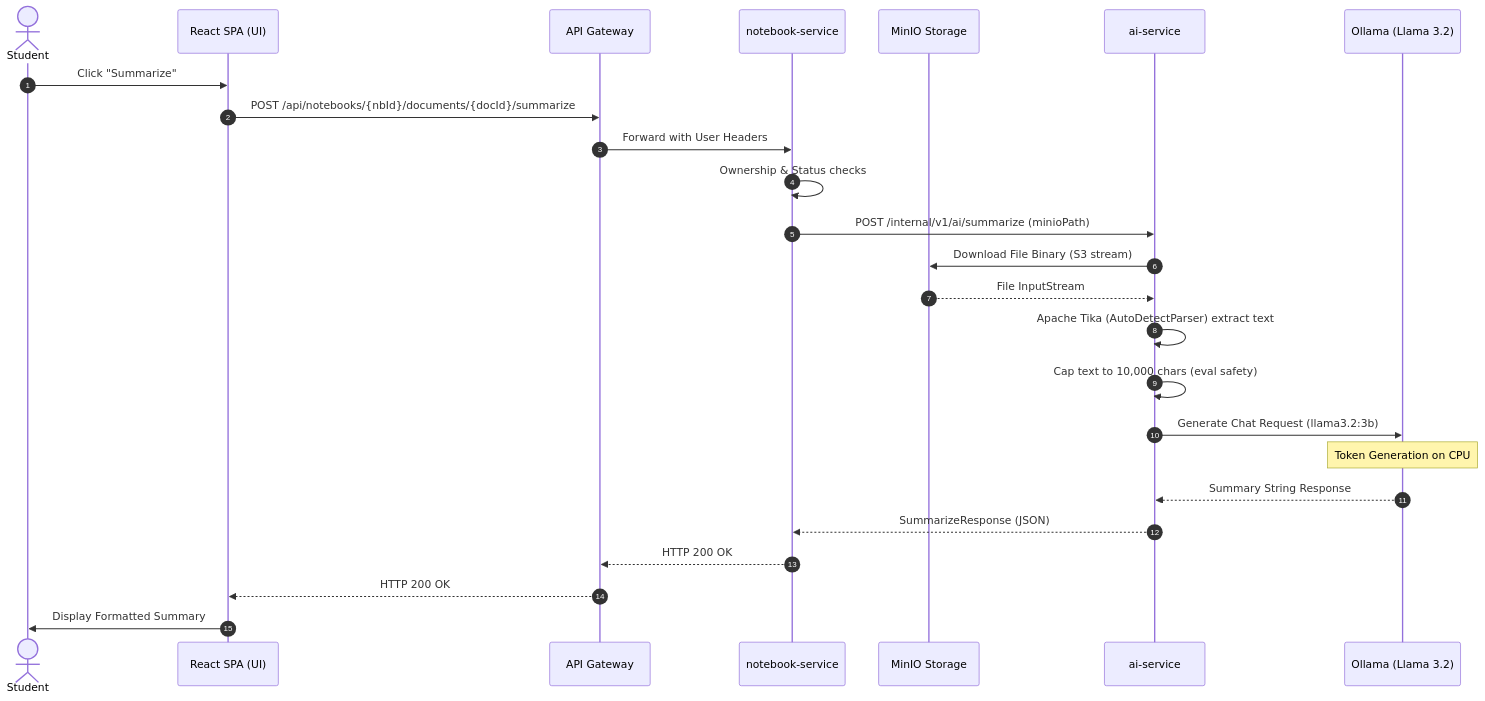
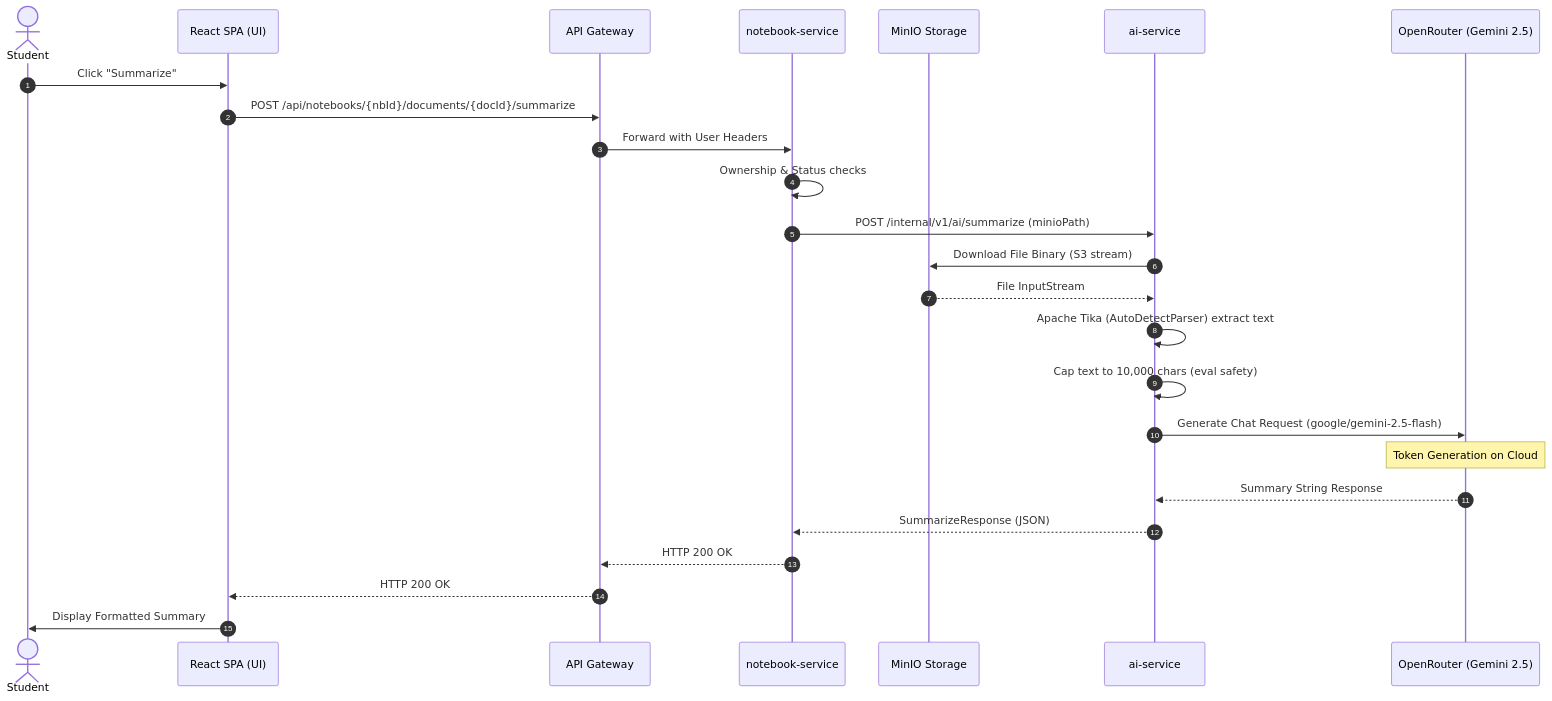
The diagram in DOC/ai_architecture_explanation.md (ulthimanju/capstone), drawn with Mermaid before and after one commit. The commit also changed other lines of this file and 12 other files, not shown here.

First line of the commit message:
Switch AI integration to OpenRouter & HF

````diff
--- a/DOC/ai_architecture_explanation.md
+++ b/DOC/ai_architecture_explanation.md
@@ -13,28 +13,28 @@
 ```mermaid
 sequenceDiagram
     autonumber
     actor Student
     participant React as React SPA (UI)
     participant Gateway as API Gateway
     participant Notebook as notebook-service
     participant MinIO as MinIO Storage
     participant AI as ai-service
-    participant Ollama as Ollama (Llama 3.2)
+    participant OpenRouter as OpenRouter (Gemini 2.5)
 
     Student->>React: Click "Summarize"
     React->>Gateway: POST /api/notebooks/{nbId}/documents/{docId}/summarize
     Gateway->>Notebook: Forward with User Headers
     Notebook->>Notebook: Ownership & Status checks
     Notebook->>AI: POST /internal/v1/ai/summarize (minioPath)
     AI->>MinIO: Download File Binary (S3 stream)
     MinIO-->>AI: File InputStream
     AI->>AI: Apache Tika (AutoDetectParser) extract text
     AI->>AI: Cap text to 10,000 chars (eval safety)
-    AI->>Ollama: Generate Chat Request (llama3.2:3b)
-    Note over Ollama: Token Generation on CPU
-    Ollama-->>AI: Summary String Response
+    AI->>OpenRouter: Generate Chat Request (google/gemini-2.5-flash)
+    Note over OpenRouter: Token Generation on Cloud
+    OpenRouter-->>AI: Summary String Response
     AI-->>Notebook: SummarizeResponse (JSON)
     Notebook-->>Gateway: HTTP 200 OK
     Gateway-->>React: HTTP 200 OK
     React->>Student: Display Formatted Summary
 ```
````
